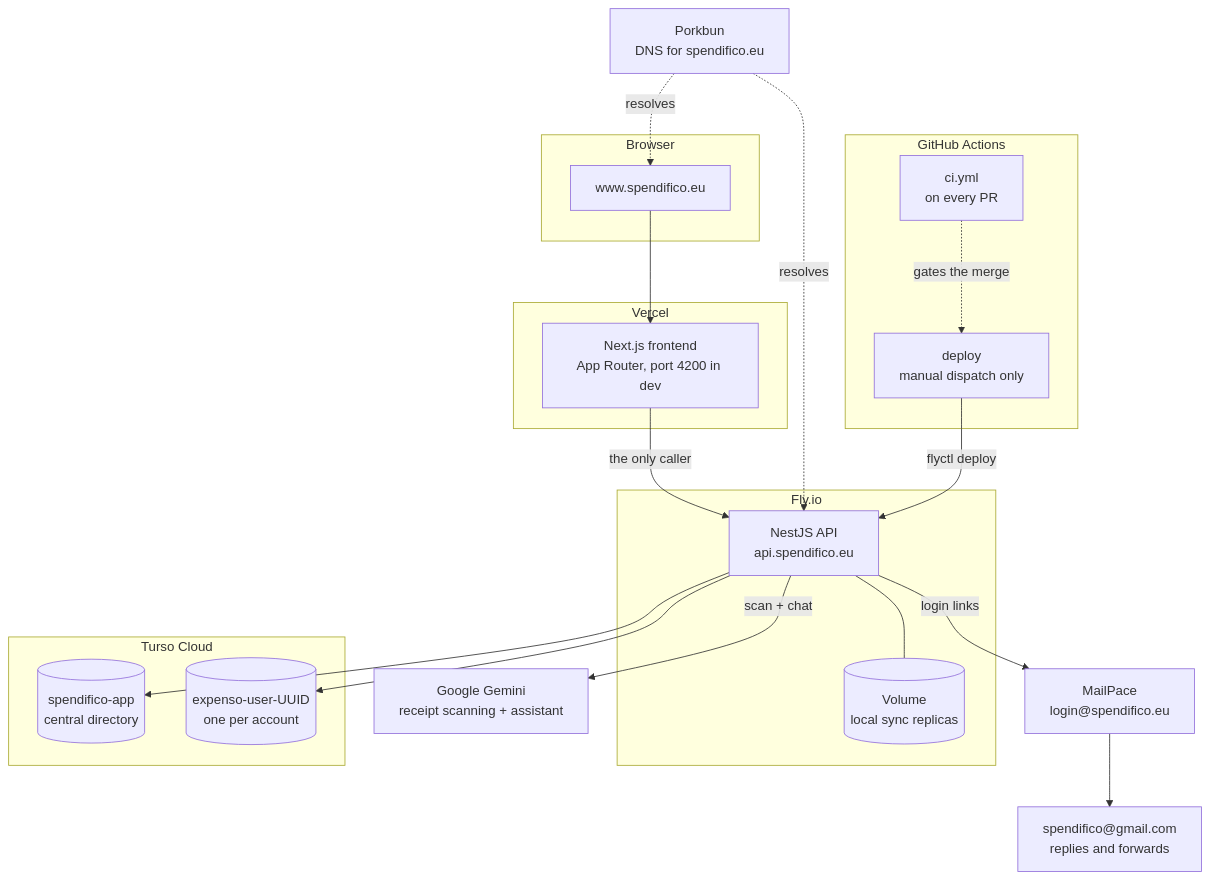
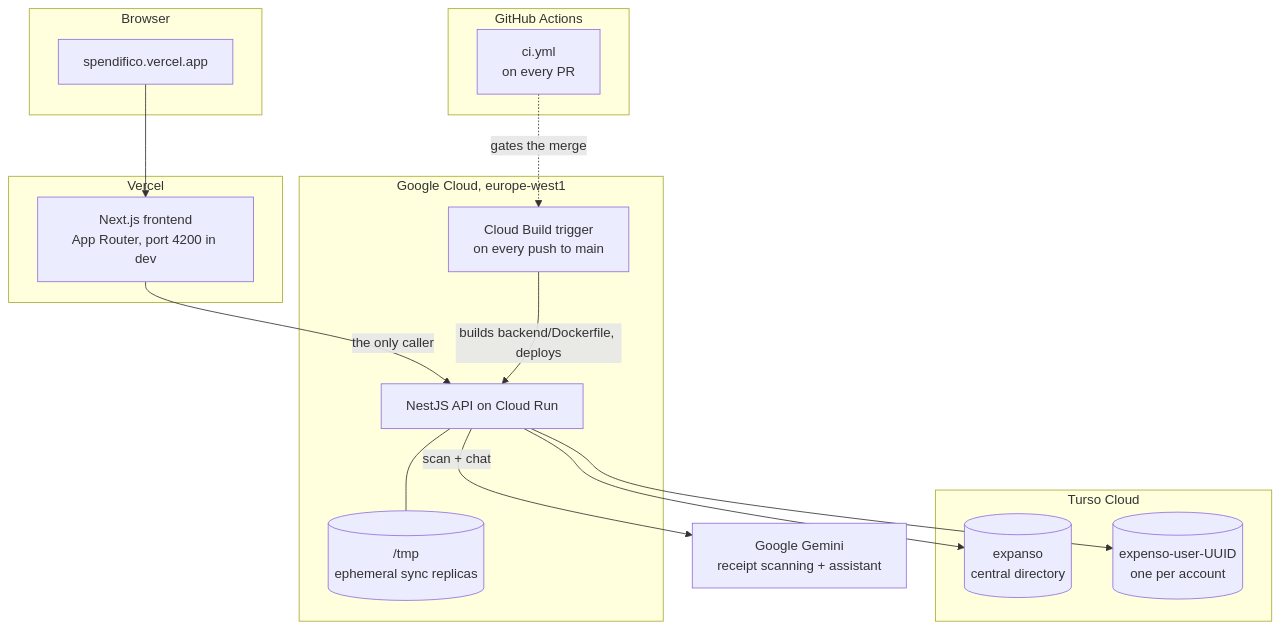
The third of 4 diagrams in docs/showcase/diagrams.md (AntePrkacin/personal-expense-tracker), drawn with Mermaid before and after one commit. The commit also changed other lines of this file and 20 other files, not shown here.

Commit message:
docs: sweep stale Fly, domain and mail references

````diff
--- a/docs/showcase/diagrams.md
+++ b/docs/showcase/diagrams.md
@@ -201,43 +201,36 @@
 ```mermaid
 flowchart TB
     subgraph client["Browser"]
-        B["www.spendifico.eu"]
+        B["spendifico.vercel.app"]
     end
 
     subgraph vercel["Vercel"]
         FE["Next.js frontend<br/>App Router, port 4200 in dev"]
     end
 
-    subgraph fly["Fly.io"]
-        API["NestJS API<br/>api.spendifico.eu"]
-        VOL[("Volume<br/>local sync replicas")]
+    subgraph gcp["Google Cloud, europe-west1"]
+        API["NestJS API on Cloud Run"]
+        TMP[("/tmp<br/>ephemeral sync replicas")]
+        CB["Cloud Build trigger<br/>on every push to main"]
     end
 
     subgraph turso["Turso Cloud"]
-        CDB[("spendifico-app<br/>central directory")]
+        CDB[("expanso<br/>central directory")]
         UDB[("expenso-user-UUID<br/>one per account")]
     end
 
-    MP["MailPace<br/>login@spendifico.eu"]
-    INBOX["spendifico@gmail.com<br/>replies and forwards"]
     GEM["Google Gemini<br/>receipt scanning + assistant"]
-    PB["Porkbun<br/>DNS for spendifico.eu"]
 
     subgraph ci["GitHub Actions"]
         CI["ci.yml<br/>on every PR"]
-        DEP["deploy<br/>manual dispatch only"]
     end
 
     B --> FE
     FE -->|"the only caller"| API
     API --> CDB
     API --> UDB
-    API --- VOL
-    API -->|"login links"| MP
-    MP --> INBOX
+    API --- TMP
     API -->|"scan + chat"| GEM
-    PB -.->|"resolves"| B
-    PB -.->|"resolves"| API
-    DEP -->|"flyctl deploy"| API
-    CI -.->|"gates the merge"| DEP
+    CB -->|"builds backend/Dockerfile, deploys"| API
+    CI -.->|"gates the merge"| CB
 ```
````
